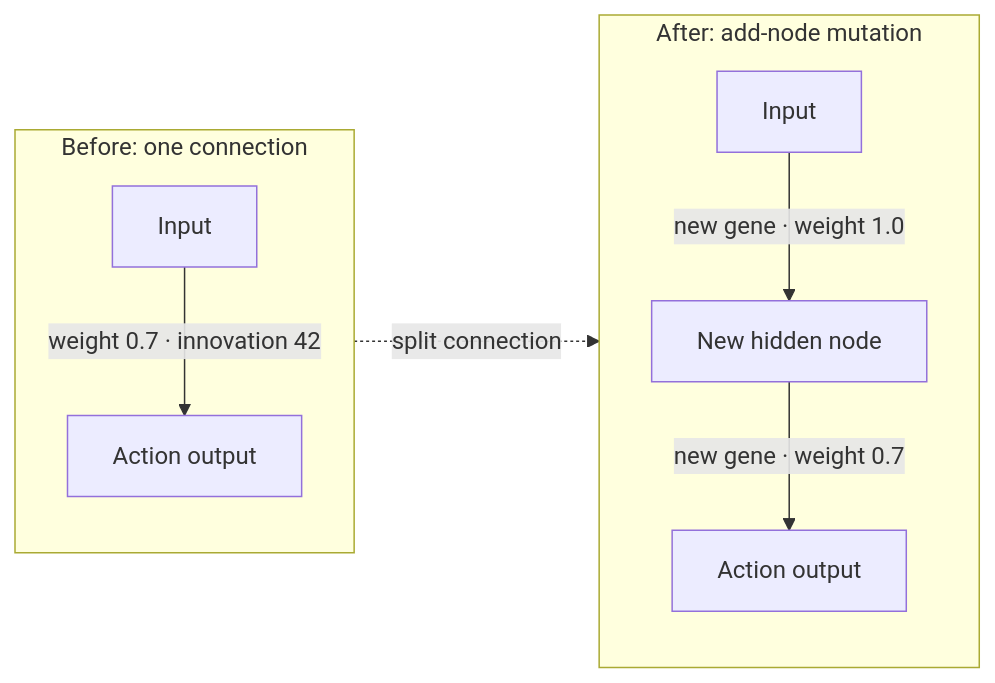
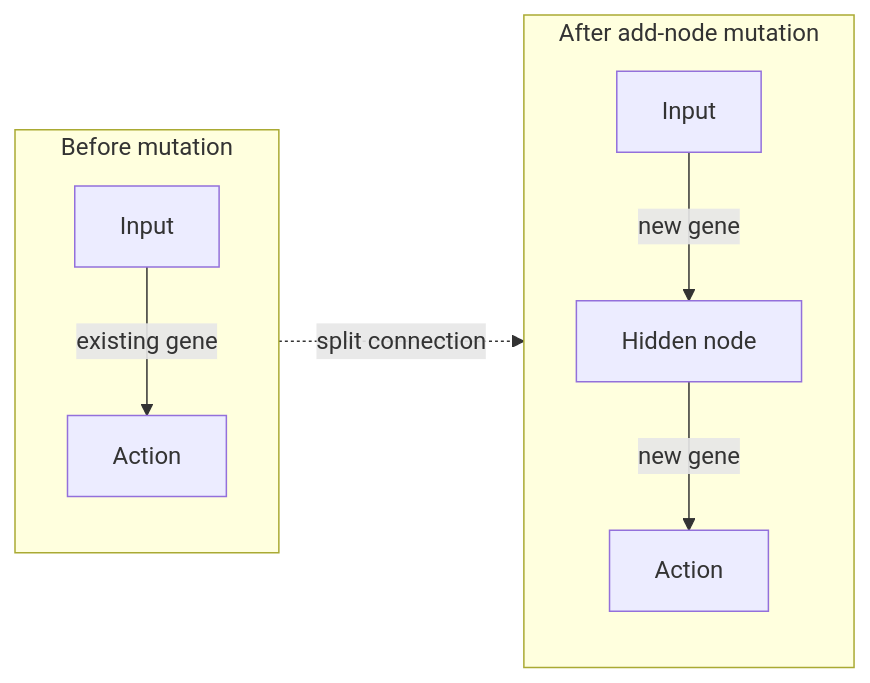
One commit to heaven-hm/mario-ai-neat changed the fourth of 5 diagrams in README.md. Above: the diagram before and after it, drawn with Mermaid. The commit also changed other lines of this file and 1 other file, not shown here.

````diff
--- a/README.md
+++ b/README.md
@@ -115,11 +116,11 @@
 ```mermaid
 flowchart LR
-    subgraph Before["Before: one connection"]
-        SourceA["Input"] -->|"weight 0.7 · innovation 42"| ActionA["Action output"]
+    subgraph Before["Before mutation"]
+        InputBefore["Input"] -->|"existing gene"| OutputBefore["Action"]
     end
-    subgraph After["After: add-node mutation"]
-        SourceB["Input"] -->|"new gene · weight 1.0"| HiddenB["New hidden node"]
-        HiddenB -->|"new gene · weight 0.7"| ActionB["Action output"]
+    subgraph After["After add-node mutation"]
+        InputAfter["Input"] -->|"new gene"| HiddenAfter["Hidden node"]
+        HiddenAfter -->|"new gene"| OutputAfter["Action"]
     end
     Before -. "split connection" .-> After
 ```
````
